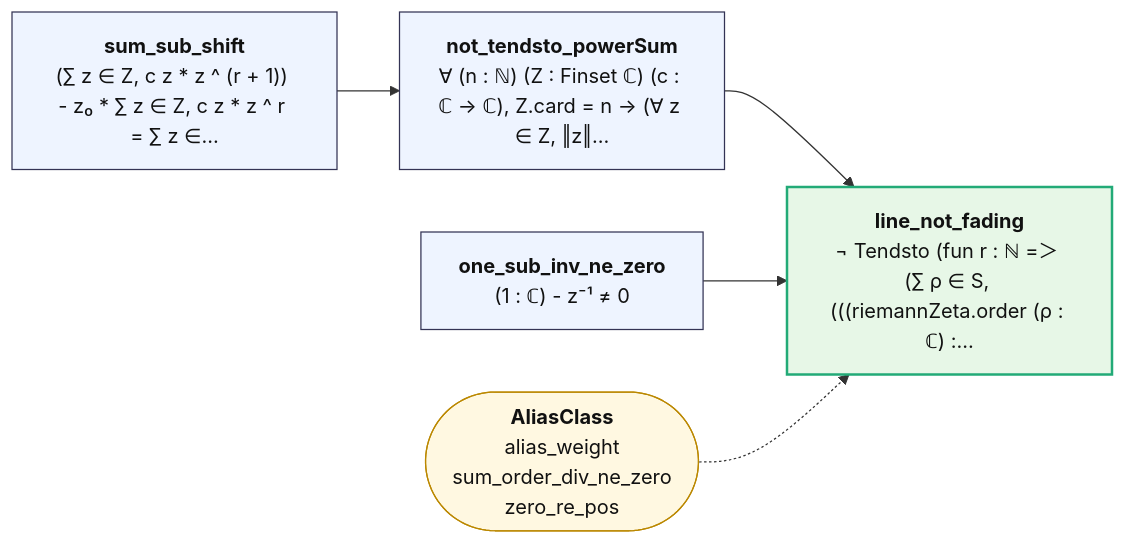
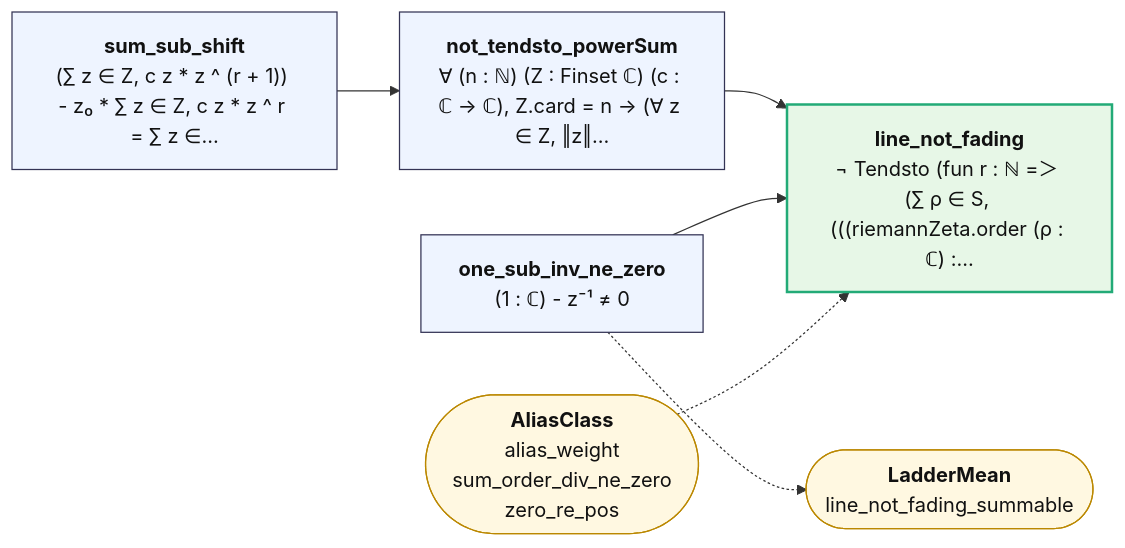
One commit to juliansambranojr/Primebeat_081426 changed the diagram in map/lean_stage3/LadderFading.mmd. Above: the diagram before and after it, drawn with Mermaid. The commit also changed 33 other files, not shown here.

First line of the commit message:
LadderMean.lean: infinitely many zeros on one line do not fade from the one ladder's cells, given summable weights (mean_extract, line_not_fading_summable); unit 0431 records where the general case of joint 10 stops and why; unit 0432 logged; map refreshed from Lean

```diff
--- a/map/lean_stage3/LadderFading.mmd
+++ b/map/lean_stage3/LadderFading.mmd
@@ -1,15 +1,17 @@
 flowchart LR
   n0["<b>sum_sub_shift</b><br/>(∑ z ∈ Z, c z * z ^ (r + 1)) - z₀ * ∑ z ∈ Z, c z * z ^ r = ∑ z ∈…"]:::thm
   n1["<b>not_tendsto_powerSum</b><br/>∀ (n : ℕ) (Z : Finset ℂ) (c : ℂ → ℂ), Z.card = n → (∀ z ∈ Z, ‖z‖…"]:::thm
   n2["<b>one_sub_inv_ne_zero</b><br/>(1 : ℂ) - z⁻¹ ≠ 0"]:::thm
   n3["<b>line_not_fading</b><br/>¬ Tendsto (fun r : ℕ =＞ (∑ ρ ∈ S, (((riemannZeta.order (ρ : ℂ) :…"]:::end_
-  x0(["<b>AliasClass</b><br/>alias_weight<br/>sum_order_div_ne_zero<br/>zero_re_pos"]):::ext
+  x0(["<b>LadderMean</b><br/>line_not_fading_summable"]):::ext
+  x1(["<b>AliasClass</b><br/>alias_weight<br/>sum_order_div_ne_zero<br/>zero_re_pos"]):::ext
   n0 --> n1
   n1 --> n3
   n2 --> n3
-  x0 -.-> n3
+  n2 -.-> x0
+  x1 -.-> n3
   classDef thm fill:#eef4ff,stroke:#335,color:#111
   classDef end_ fill:#e7f7e7,stroke:#2a7,color:#111,stroke-width:2px
   classDef lone fill:#fff,stroke:#999,color:#111,stroke-dasharray:4 3
   classDef bad fill:#ffe5e5,stroke:#c22,color:#111,stroke-width:2px
   classDef ext fill:#fff8e1,stroke:#b80,color:#111
```
